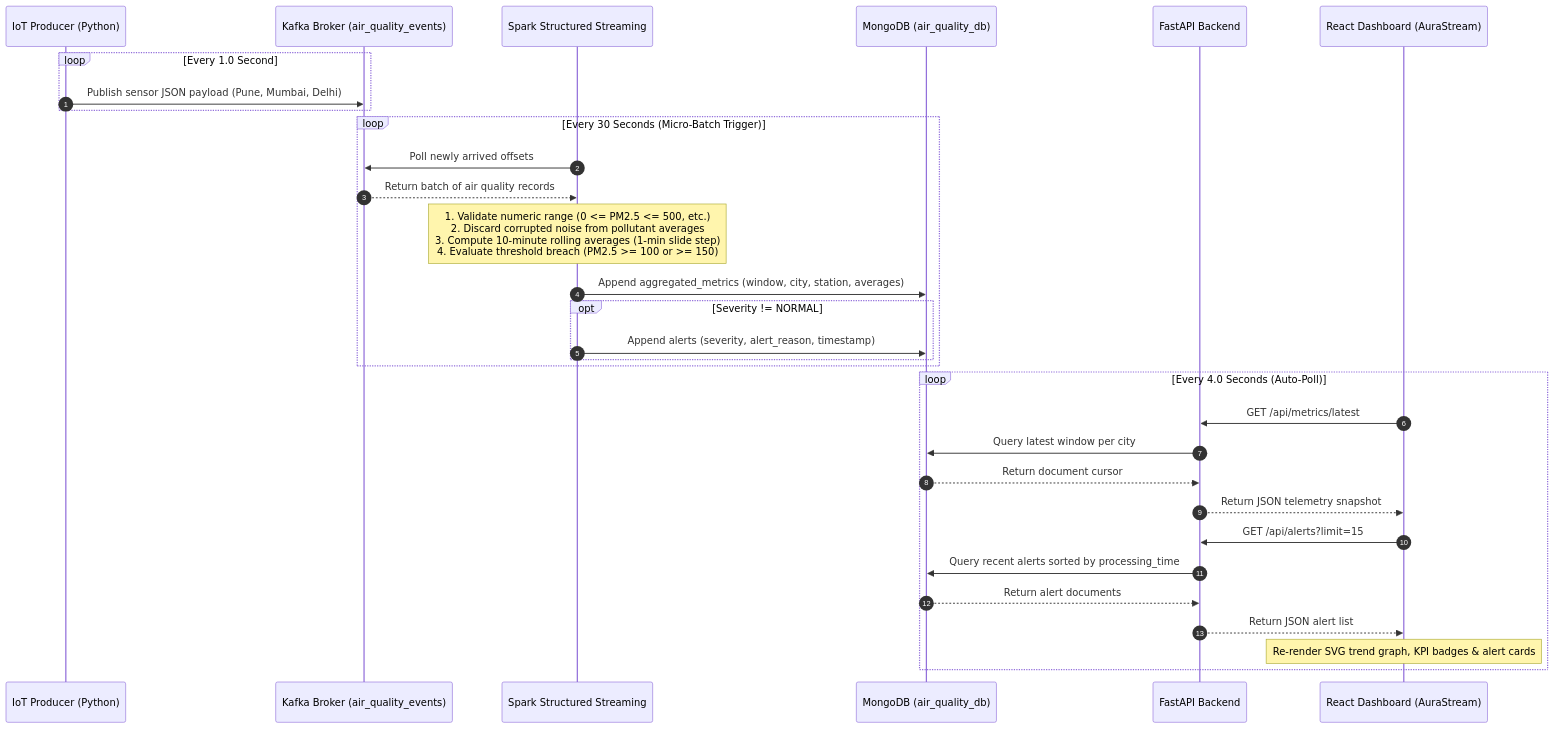
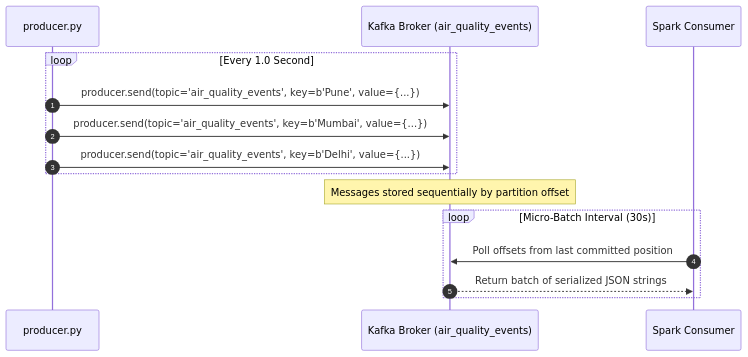
The third of 4 diagrams in README.md (Antariksh62/Real-time-air-quality-monitoring-dashboard), drawn with Mermaid before and after one commit. The commit also changed other lines of this file, not shown here.

Commit message:
docs: complete README with architecture diagrams and application screenshots

````diff
--- a/README.md
+++ b/README.md
@@ -157,36 +402,20 @@
 ```mermaid
 sequenceDiagram
     autonumber
-    participant P as IoT Producer (Python)
+    participant P as producer.py
     participant K as Kafka Broker (air_quality_events)
-    participant S as Spark Structured Streaming
-    participant M as MongoDB (air_quality_db)
-    participant B as FastAPI Backend
-    participant U as React Dashboard (AuraStream)
+    participant S as Spark Consumer
 
     loop Every 1.0 Second
-        P->>K: Publish sensor JSON payload (Pune, Mumbai, Delhi)
+        P->>K: producer.send(topic='air_quality_events', key=b'Pune', value={...})
+        P->>K: producer.send(topic='air_quality_events', key=b'Mumbai', value={...})
+        P->>K: producer.send(topic='air_quality_events', key=b'Delhi', value={...})
     end
 
-    loop Every 30 Seconds (Micro-Batch Trigger)
-        S->>K: Poll newly arrived offsets
-        K-->>S: Return batch of air quality records
-        Note over S: 1. Validate numeric range (0 <= PM2.5 <= 500, etc.)<br/>2. Discard corrupted noise from pollutant averages<br/>3. Compute 10-minute rolling averages (1-min slide step)<br/>4. Evaluate threshold breach (PM2.5 >= 100 or >= 150)
-        S->>M: Append aggregated_metrics (window, city, station, averages)
-        opt Severity != NORMAL
-            S->>M: Append alerts (severity, alert_reason, timestamp)
-        end
-    end
+    Note over K: Messages stored sequentially by partition offset
 
-    loop Every 4.0 Seconds (Auto-Poll)
-        U->>B: GET /api/metrics/latest
-        B->>M: Query latest window per city
-        M-->>B: Return document cursor
-        B-->>U: Return JSON telemetry snapshot
-        U->>B: GET /api/alerts?limit=15
-        B->>M: Query recent alerts sorted by processing_time
-        M-->>B: Return alert documents
-        B-->>U: Return JSON alert list
-        Note over U: Re-render SVG trend graph, KPI badges & alert cards
+    loop Micro-Batch Interval (30s)
+        S->>K: Poll offsets from last committed position
+        K-->>S: Return batch of serialized JSON strings
     end
 ```
````
